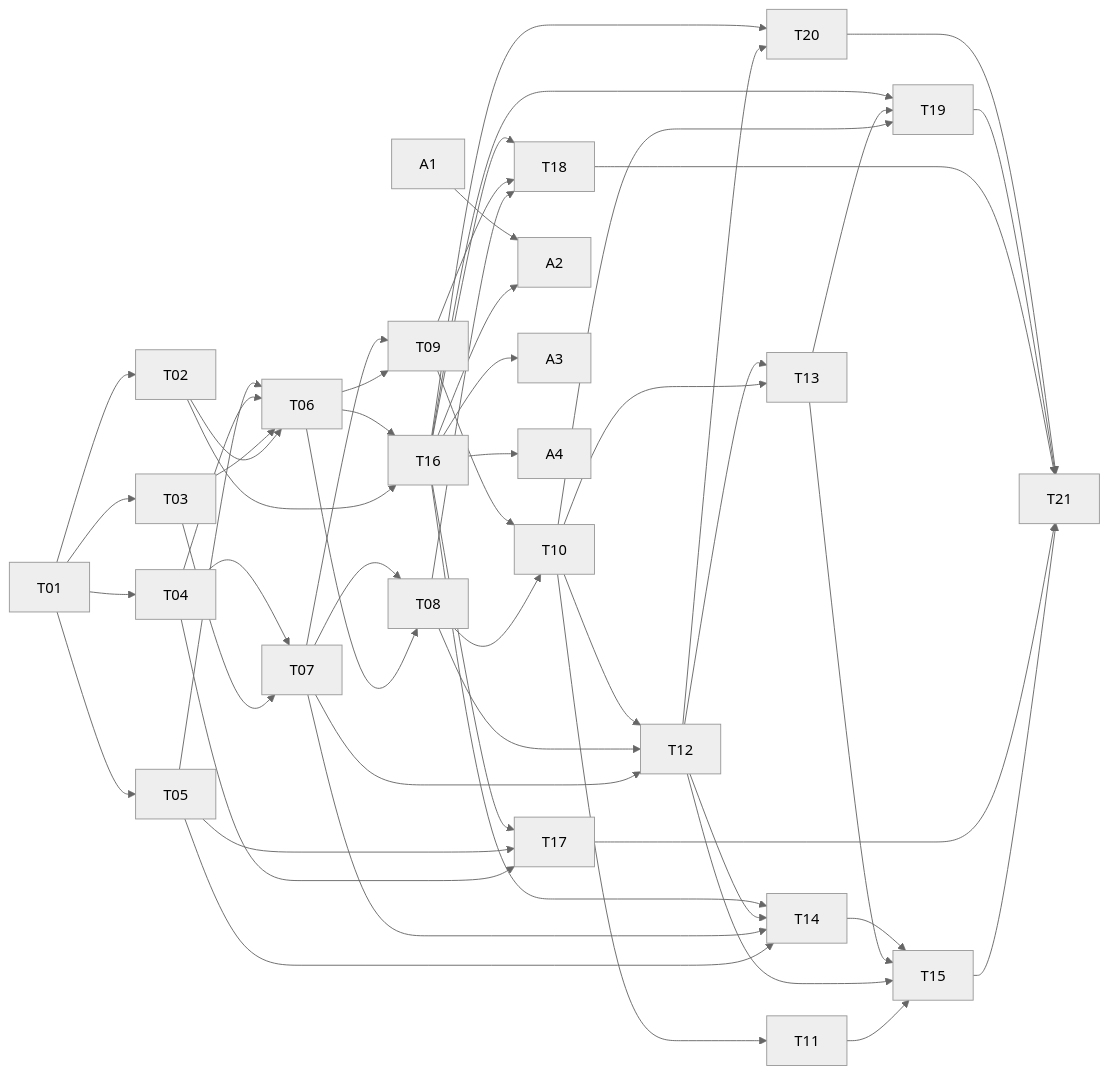
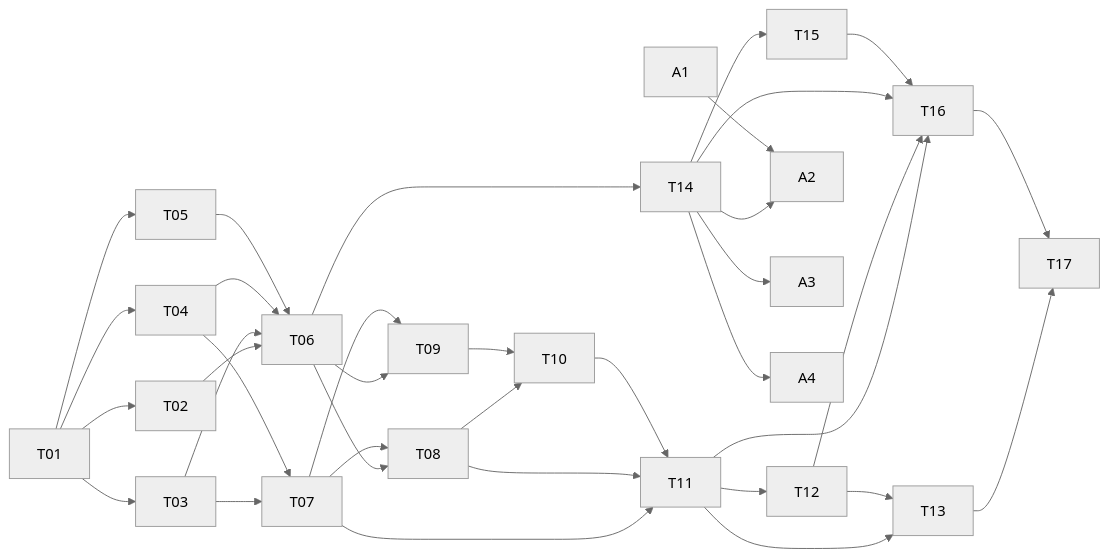
The diagram in docs/game/README.md (Oaks201/fiefdom), drawn with Mermaid (neutral theme) before and after one commit. The commit also changed other lines of this file and 23 other files, not shown here.

````diff
--- a/docs/game/README.md
+++ b/docs/game/README.md
@@ -109,21 +120,17 @@
 ```mermaid
 graph LR
   T01 --> T02 & T03 & T04 & T05
   T02 & T03 & T04 & T05 --> T06
   T03 & T04 --> T07
   T06 & T07 --> T08 & T09
   T08 & T09 --> T10
-  T10 --> T11
-  T07 & T08 & T10 --> T12
-  T10 & T12 --> T13
-  T02 & T06 --> T16
-  T05 & T07 & T12 & T16 --> T14
-  T11 & T12 & T13 & T14 --> T15
-  T04 & T05 & T16 --> T17
-  T08 & T09 & T16 --> T18
-  T10 & T13 & T16 --> T19
-  T12 & T16 --> T20
-  T15 & T17 & T18 & T19 & T20 --> T21
-  T16 --> A2 & A3 & A4
+  T07 & T08 & T10 --> T11
+  T11 --> T12
+  T11 & T12 --> T13
+  T06 --> T14
+  T14 --> T15
+  T11 & T12 & T14 & T15 --> T16
+  T13 & T16 --> T17
+  T14 --> A2 & A3 & A4
   A1 --> A2
 ```
````
